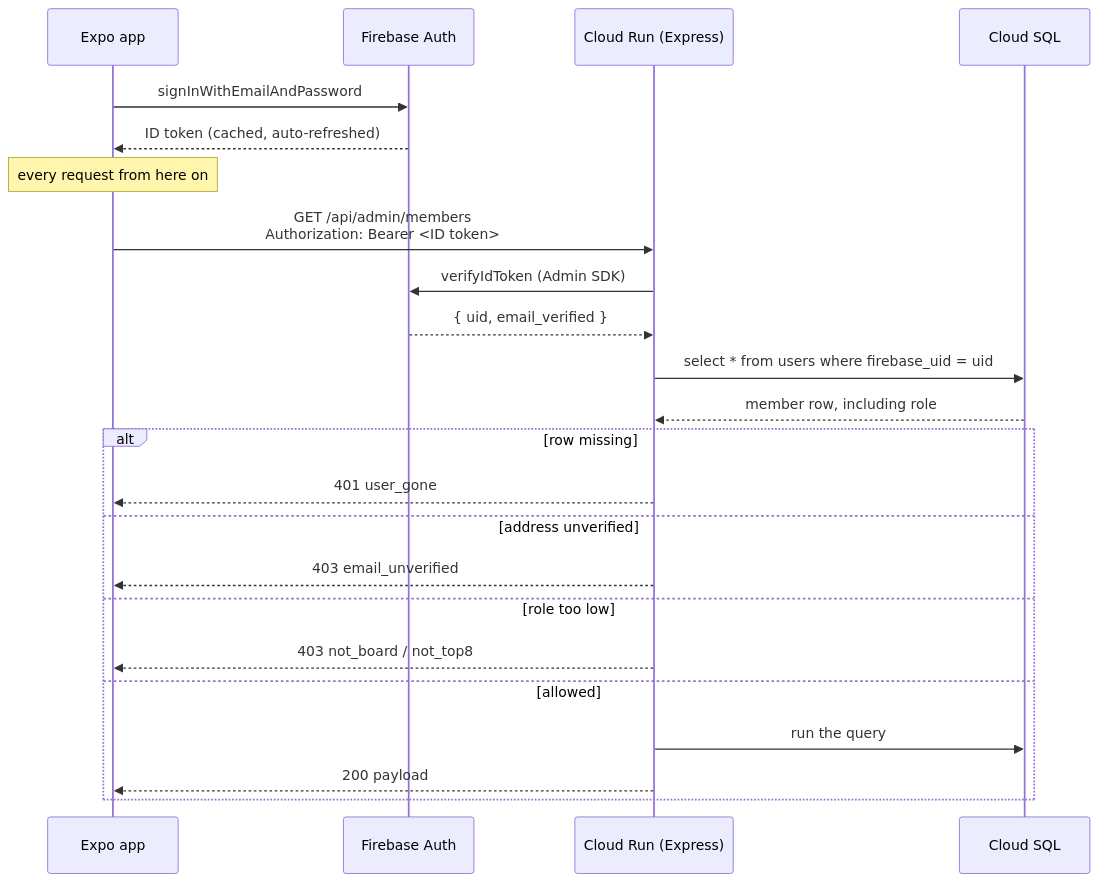
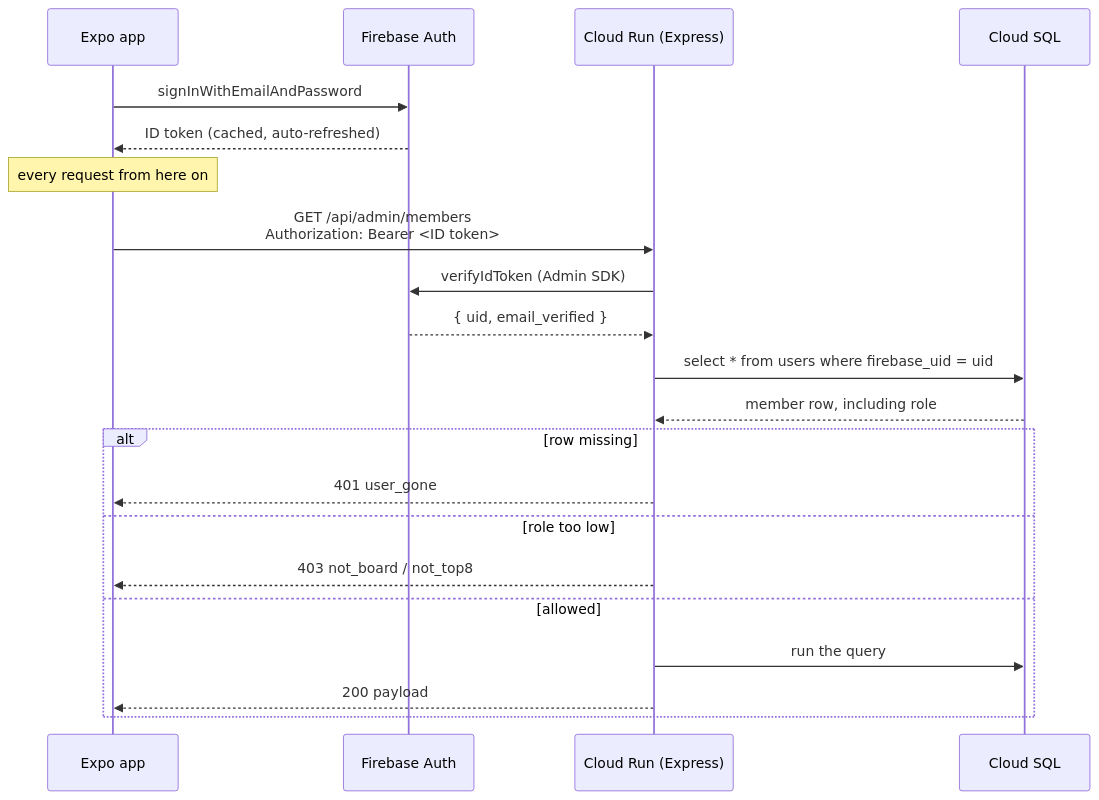
The second of 12 diagrams in docs/ARCHITECTURE.md (SHPE-UIC/shpe-web-app), drawn with Mermaid before and after one commit. The commit also changed other lines of this file and 12 other files, not shown here.

````diff
--- a/docs/ARCHITECTURE.md
+++ b/docs/ARCHITECTURE.md
@@ -80,28 +80,26 @@
 ```mermaid
 sequenceDiagram
     participant App as Expo app
     participant FB as Firebase Auth
     participant API as Cloud Run (Express)
     participant DB as Cloud SQL
 
     App->>FB: signInWithEmailAndPassword
     FB-->>App: ID token (cached, auto-refreshed)
 
     Note over App: every request from here on
     App->>API: GET /api/admin/members<br/>Authorization: Bearer <ID token>
     API->>FB: verifyIdToken (Admin SDK)
     FB-->>API: { uid, email_verified }
     API->>DB: select * from users where firebase_uid = uid
     DB-->>API: member row, including role
 
     alt row missing
         API-->>App: 401 user_gone
-    else address unverified
-        API-->>App: 403 email_unverified
     else role too low
         API-->>App: 403 not_board / not_top8
     else allowed
         API->>DB: run the query
         API-->>App: 200 payload
     end
 ```
````
